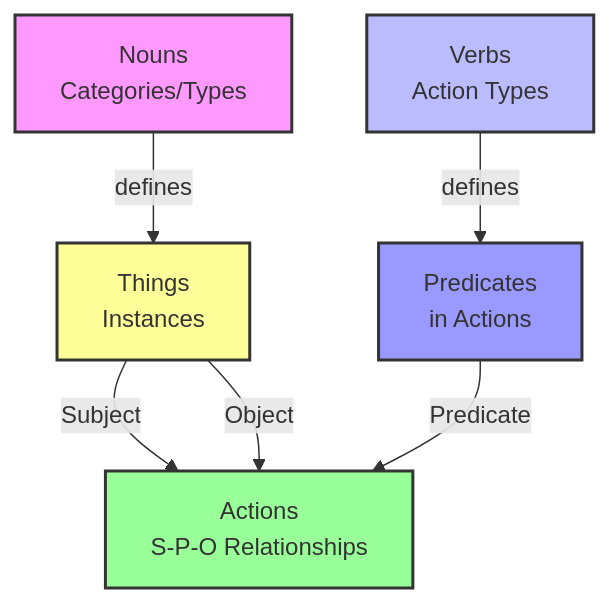
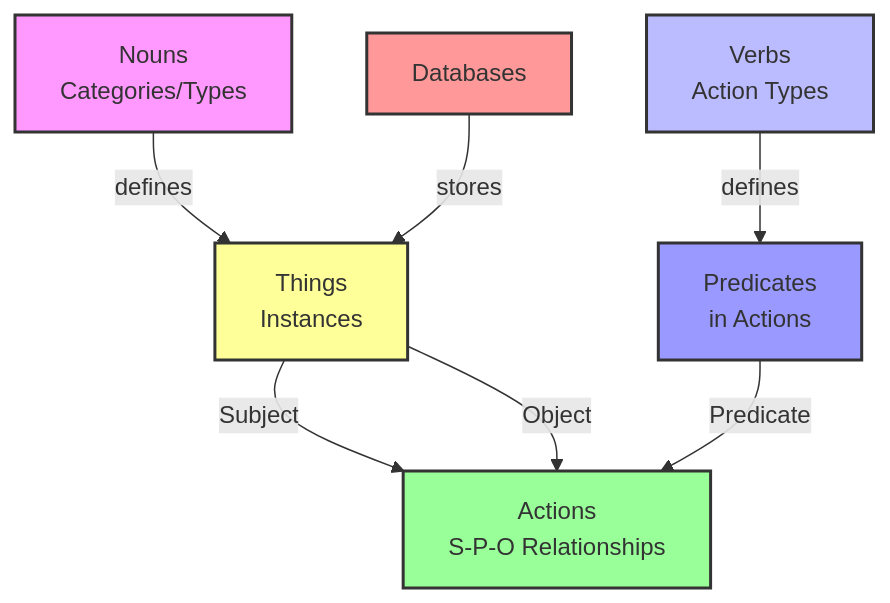
Before and after one commit to drivly/ai: the second of 2 diagrams in sdks/database.do/README.md, drawn with Mermaid. The commit also changed other lines of this file and 6 other files, not shown here.

````diff
--- a/sdks/database.do/README.md
+++ b/sdks/database.do/README.md
@@ -384,14 +395,16 @@
 ```mermaid
 graph TD
     Nouns[Nouns<br/>Categories/Types] -->|defines| Things[Things<br/>Instances]
     Verbs[Verbs<br/>Action Types] -->|defines| Predicates[Predicates<br/>in Actions]
     Things -->|Subject| Actions[Actions<br/>S-P-O Relationships]
     Predicates -->|Predicate| Actions
     Things -->|Object| Actions
+    Databases -->|stores| Things
     
     style Nouns fill:#f9f,stroke:#333,stroke-width:2px
     style Verbs fill:#bbf,stroke:#333,stroke-width:2px
     style Things fill:#ff9,stroke:#333,stroke-width:2px
     style Actions fill:#9f9,stroke:#333,stroke-width:2px
     style Predicates fill:#99f,stroke:#333,stroke-width:2px
+    style Databases fill:#f99,stroke:#333,stroke-width:2px
 ```
````
